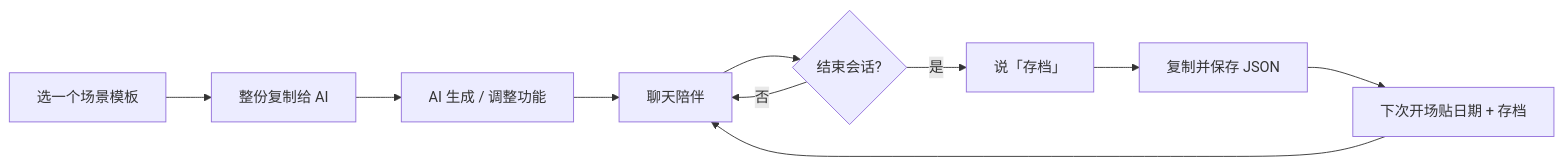
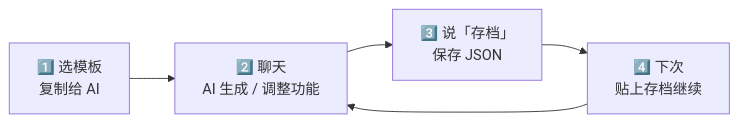
The diagram in README.md (TuxLin123233/json-prompt-form), drawn with Mermaid before and after one commit. The commit also changed 2 other files, not shown here.

Commit message:
Simplify how-it-works flowchart and add demo post

````diff
--- a/README.md
+++ b/README.md
@@ -58,12 +58,7 @@
 ```mermaid
 flowchart LR
-    A[选一个场景模板] --> B[整份复制给 AI]
-    B --> C[AI 生成 / 调整功能]
-    C --> D[聊天陪伴]
-    D --> E{结束会话?}
-    E -- 否 --> D
-    E -- 是 --> F[说「存档」]
-    F --> G[复制并保存 JSON]
-    G --> H[下次开场贴日期 + 存档]
-    H --> D
+    A["1️⃣ 选模板<br/>复制给 AI"] --> B["2️⃣ 聊天<br/>AI 生成 / 调整功能"]
+    B --> C["3️⃣ 说「存档」<br/>保存 JSON"]
+    C --> D["4️⃣ 下次<br/>贴上存档继续"]
+    D --> B
 ```
````
